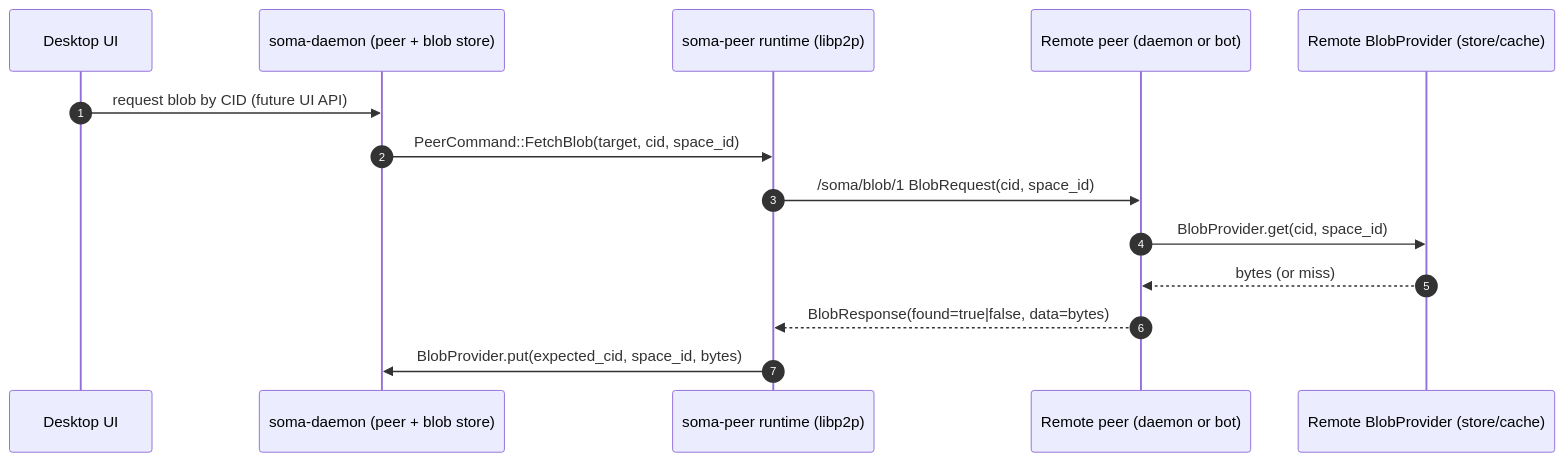
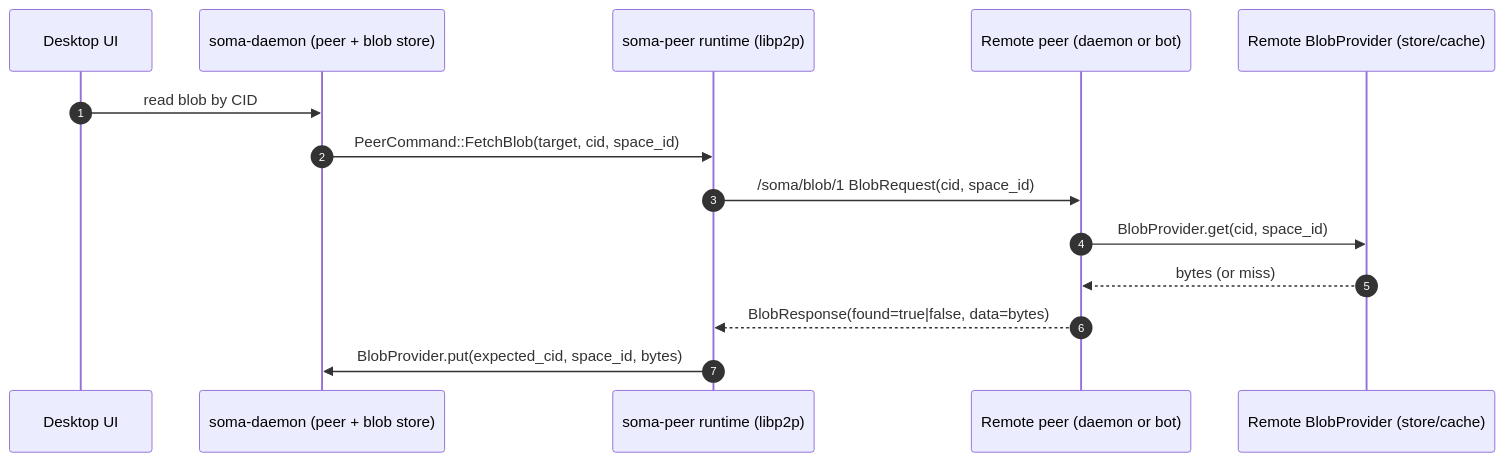
The diagram in docs/src/architecture/blobs-vdfs.md (stephane-segning/soma), drawn with Mermaid before and after one commit. The commit also changed other lines of this file and 34 other files, not shown here.

````diff
--- a/docs/src/architecture/blobs-vdfs.md
+++ b/docs/src/architecture/blobs-vdfs.md
@@ -112,17 +112,17 @@
 ```mermaid
 sequenceDiagram
   autonumber
   participant UI as Desktop UI
   participant D as soma-daemon (peer + blob store)
   participant P as soma-peer runtime (libp2p)
   participant R as Remote peer (daemon or bot)
   participant S as Remote BlobProvider (store/cache)
 
-  UI->>D: request blob by CID (future UI API)
+  UI->>D: read blob by CID
   D->>P: PeerCommand::FetchBlob(target, cid, space_id)
   P->>R: /soma/blob/1 BlobRequest(cid, space_id)
   R->>S: BlobProvider.get(cid, space_id)
   S-->>R: bytes (or miss)
   R-->>P: BlobResponse(found=true|false, data=bytes)
   P->>D: BlobProvider.put(expected_cid, space_id, bytes)
 ```
````
